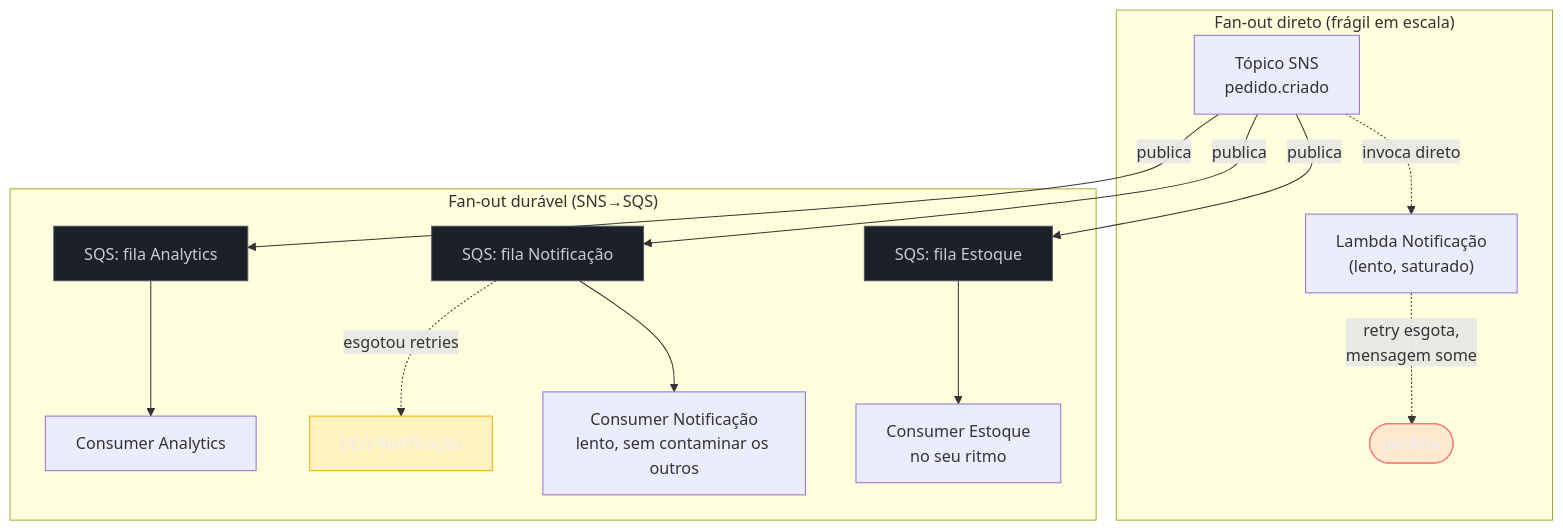
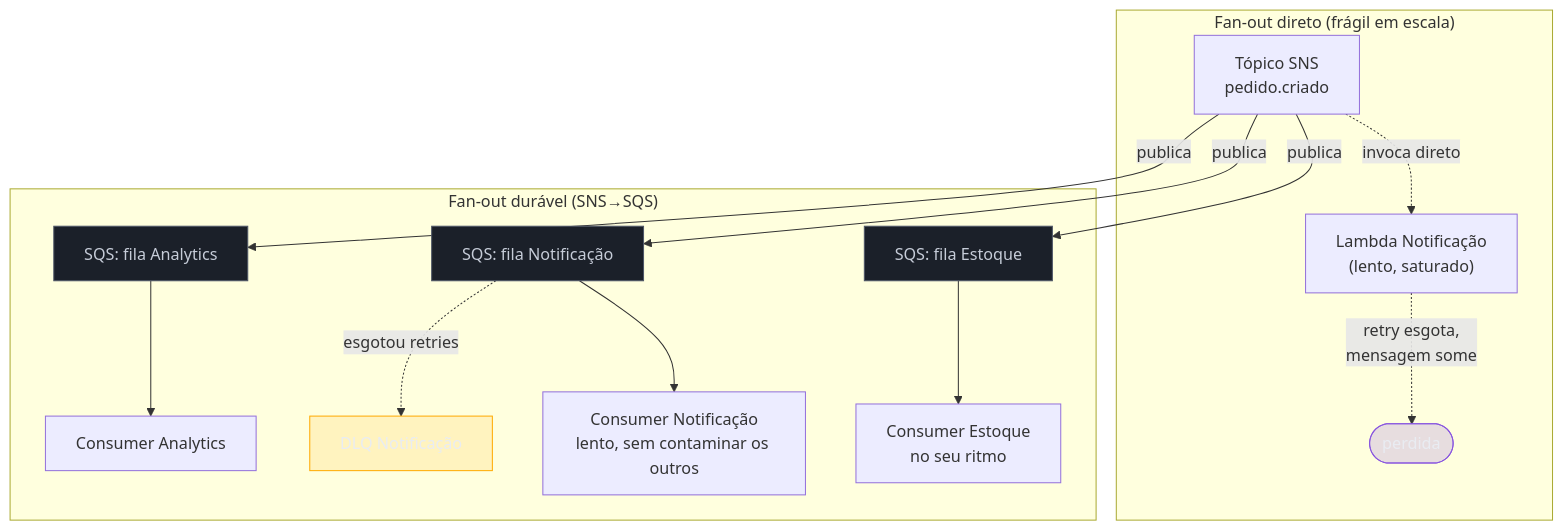
The first of 3 diagrams in 03-Dominios/Tecnologia/Cloud/13 - Mensageria e eventos gerenciados/05 - Padrões event-driven na cloud.md (josenaldo/codex-technomanticus), drawn with Mermaid before and after one commit. The commit also changed 601 other files, not shown here.

````diff
--- a/03-Dominios/Tecnologia/Cloud/13 - Mensageria e eventos gerenciados/05 - Padrões event-driven na cloud.md
+++ b/03-Dominios/Tecnologia/Cloud/13 - Mensageria e eventos gerenciados/05 - Padrões event-driven na cloud.md
@@ -29,30 +29,30 @@
 ```mermaid
 flowchart TD
-    classDef falha fill:#FF6B6B24,stroke:#FF6B6B,color:#E9ECF2
+    classDef marca fill:#8855DF33,stroke:#8855DF,color:#E9ECF2
     classDef destaque fill:#FFAA0024,stroke:#FFAA00,color:#E9ECF2
     classDef neutro fill:#1B2029,stroke:#4E5666,color:#C6CCD8
     SNS["Tópico SNS<br/>pedido.criado"]
 
     subgraph DIRETO["Fan-out direto (frágil em escala)"]
         SNS -.->|"invoca direto"| L1["Lambda Notificação<br/>(lento, saturado)"]
         L1 -.->|"retry esgota,<br/>mensagem some"| X1(["perdida"])
     end
 
     subgraph DURAVEL["Fan-out durável (SNS→SQS)"]
         SNS -->|"publica"| Q1["SQS: fila Estoque"]
         SNS -->|"publica"| Q2["SQS: fila Notificação"]
         SNS -->|"publica"| Q3["SQS: fila Analytics"]
 
         Q1 --> C1["Consumer Estoque<br/>no seu ritmo"]
         Q2 --> C2["Consumer Notificação<br/>lento, sem contaminar os outros"]
         Q3 --> C3["Consumer Analytics"]
 
         Q2 -.->|"esgotou retries"| DLQ2["DLQ Notificação"]
     end
 
-    class X1 falha
+    class X1 marca
     class DLQ2 destaque
     class Q1 neutro
     class Q2 neutro
     class Q3 neutro
 ```
````
